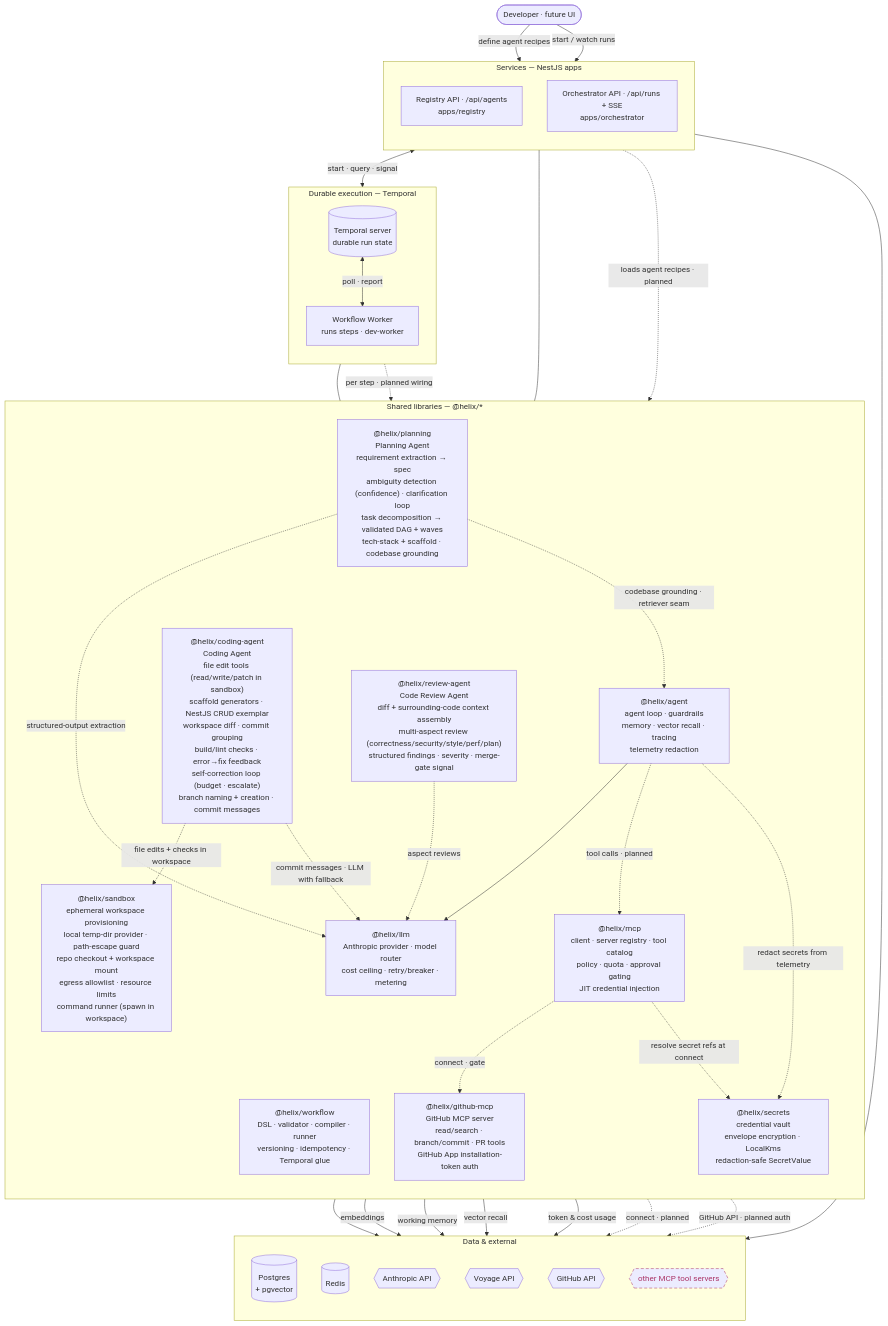
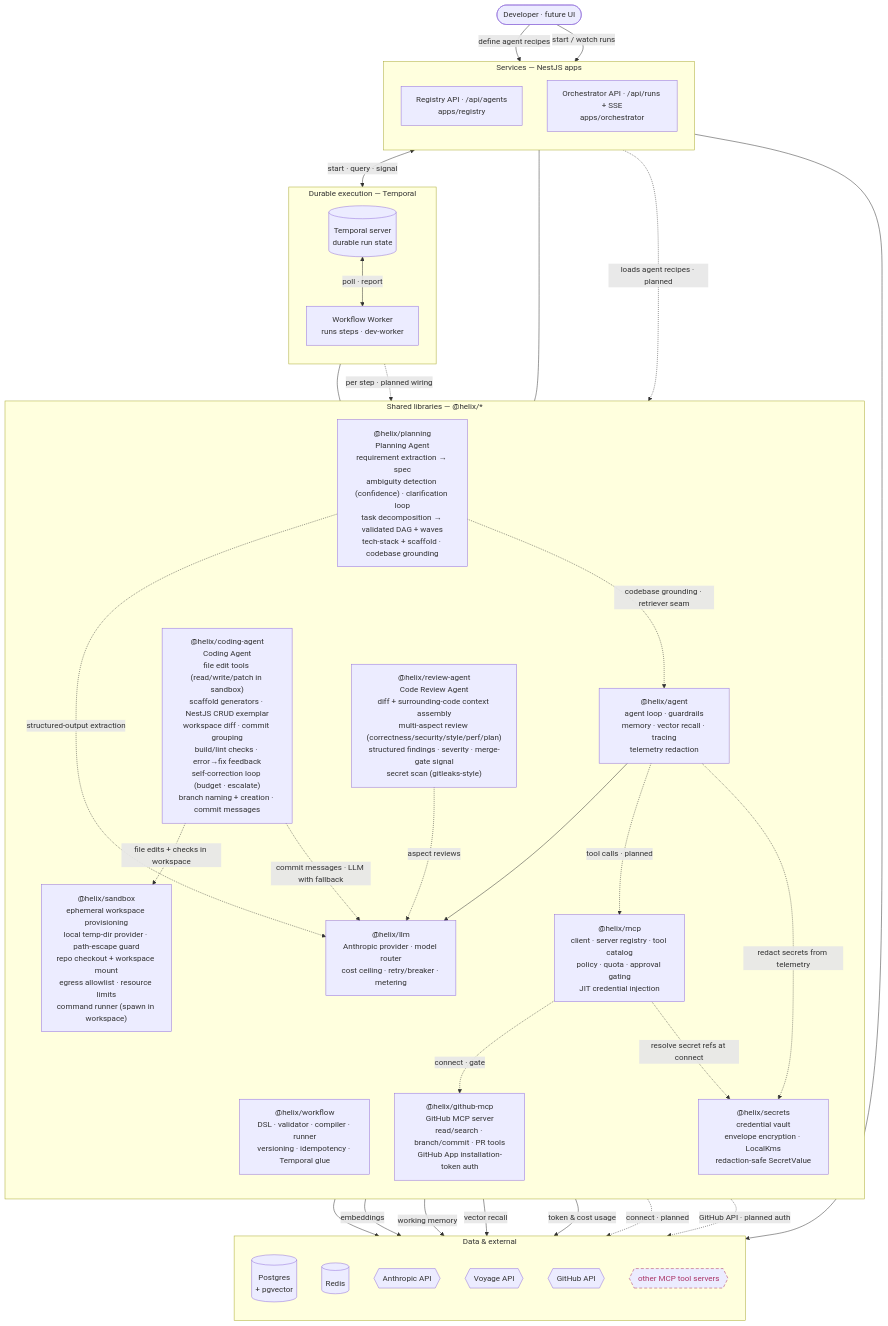
One commit to shhashhank/helix changed the first of 2 diagrams in docs/ARCHITECTURE.md. Above: the diagram before and after it, drawn with Mermaid. The commit also changed 4 other files, not shown here.

First line of the commit message:
HELIX-114: secret scan integration (#76)

````diff
--- a/docs/ARCHITECTURE.md
+++ b/docs/ARCHITECTURE.md
@@ -16,70 +16,70 @@
 ```mermaid
 flowchart TB
   user([Developer · future UI])
 
   subgraph svc["Services — NestJS apps"]
     direction TB
     reg["Registry API · /api/agents<br/>apps/registry"]
     orc["Orchestrator API · /api/runs + SSE<br/>apps/orchestrator"]
   end
 
   subgraph dur["Durable execution — Temporal"]
     direction TB
     tmp[("Temporal server<br/>durable run state")]
     wkr["Workflow Worker<br/>runs steps · dev-worker"]
   end
 
   subgraph lib["Shared libraries — @helix/*"]
     direction TB
     wf["@helix/workflow<br/>DSL · validator · compiler · runner<br/>versioning · idempotency · Temporal glue"]
     ag["@helix/agent<br/>agent loop · guardrails<br/>memory · vector recall · tracing<br/>telemetry redaction"]
     lm["@helix/llm<br/>Anthropic provider · model router<br/>cost ceiling · retry/breaker · metering"]
     mc["@helix/mcp<br/>client · server registry · tool catalog<br/>policy · quota · approval gating<br/>JIT credential injection"]
     gh["@helix/github-mcp<br/>GitHub MCP server<br/>read/search · branch/commit · PR tools<br/>GitHub App installation-token auth"]
     sec["@helix/secrets<br/>credential vault<br/>envelope encryption · LocalKms<br/>redaction-safe SecretValue"]
     pl["@helix/planning<br/>Planning Agent<br/>requirement extraction → spec<br/>ambiguity detection (confidence) · clarification loop<br/>task decomposition → validated DAG + waves<br/>tech-stack + scaffold · codebase grounding"]
     sbx["@helix/sandbox<br/>ephemeral workspace provisioning<br/>local temp-dir provider · path-escape guard<br/>repo checkout + workspace mount<br/>egress allowlist · resource limits<br/>command runner (spawn in workspace)"]
     cag["@helix/coding-agent<br/>Coding Agent<br/>file edit tools (read/write/patch in sandbox)<br/>scaffold generators · NestJS CRUD exemplar<br/>workspace diff · commit grouping<br/>build/lint checks · error→fix feedback<br/>self-correction loop (budget · escalate)<br/>branch naming + creation · commit messages"]
-    rev["@helix/review-agent<br/>Code Review Agent<br/>diff + surrounding-code context assembly<br/>multi-aspect review (correctness/security/style/perf/plan)<br/>structured findings · severity · merge-gate signal"]
+    rev["@helix/review-agent<br/>Code Review Agent<br/>diff + surrounding-code context assembly<br/>multi-aspect review (correctness/security/style/perf/plan)<br/>structured findings · severity · merge-gate signal<br/>secret scan (gitleaks-style)"]
   end
 
   subgraph dat["Data & external"]
     direction TB
     pg[("Postgres<br/>+ pgvector")]
     rd[("Redis")]
     an{{Anthropic API}}
     vo{{Voyage API}}
     gha{{GitHub API}}
     ext{{other MCP tool servers}}
   end
 
   user -->|define agent recipes| reg
   user -->|start / watch runs| orc
   reg --> pg
   orc <-->|start · query · signal| tmp
   tmp <-->|poll · report| wkr
   wkr --- wf
   orc --- wf
   wkr -.->|per step · planned wiring| ag
   reg -.->|loads agent recipes · planned| ag
   ag --> lm
   ag -.->|tool calls · planned| mc
   lm --> an
   ag -->|embeddings| vo
   ag -->|working memory| rd
   ag -->|vector recall| pg
   lm -->|token & cost usage| pg
   mc -.->|connect · gate| gh
   mc -.->|connect · planned| ext
   mc -.->|resolve secret refs at connect| sec
   ag -.->|redact secrets from telemetry| sec
   pl -.->|structured-output extraction| lm
   pl -.->|codebase grounding · retriever seam| ag
   cag -.->|file edits + checks in workspace| sbx
   cag -.->|commit messages · LLM with fallback| lm
   rev -.->|aspect reviews| lm
   gh -.->|GitHub API · planned auth| gha
 
   classDef planned stroke-dasharray:6 4,stroke:#a36,color:#a36;
   class ext planned;
 ```
````
